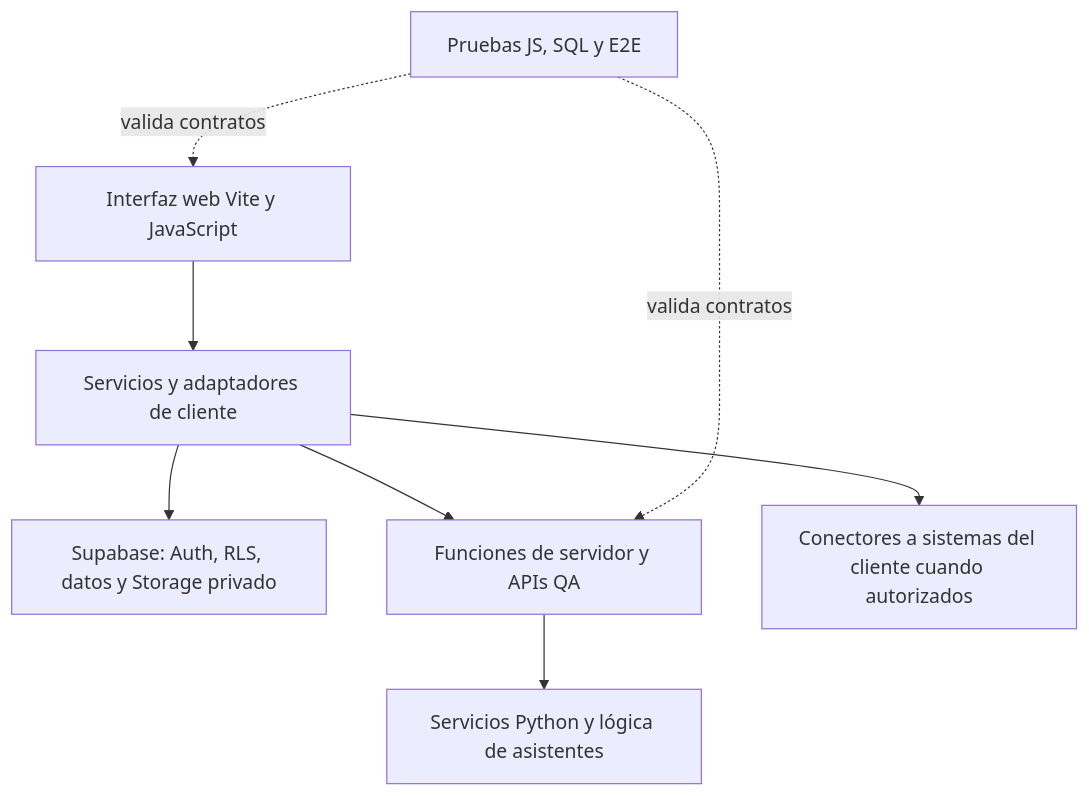
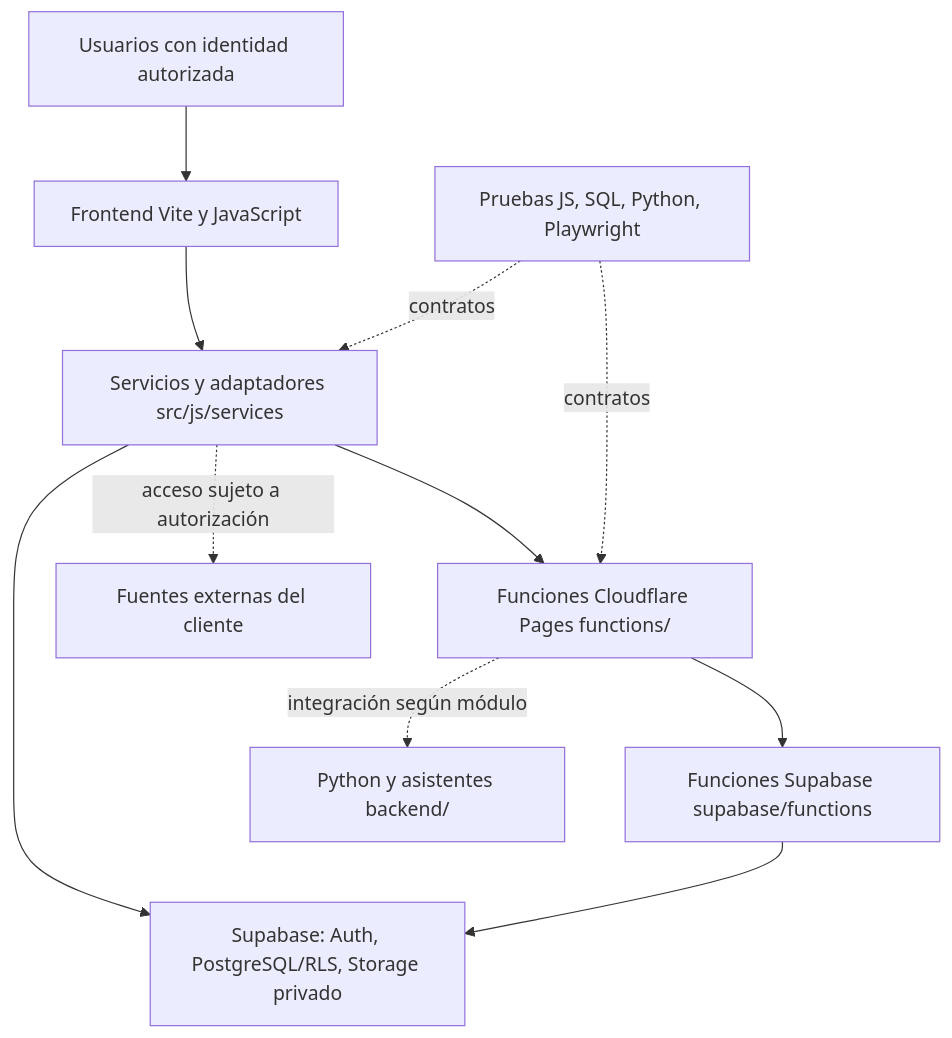
One commit to riano200612-jpg/adphor-platform changed the diagram in docs/ARQUITECTURA_GENERAL.md. Above: the diagram before and after it, drawn with Mermaid. The commit also changed other lines of this file and 14 other files, not shown here.

Commit message:
docs: professional engineering navigation with architecture, contracts, QA and security

````diff
--- a/docs/ARQUITECTURA_GENERAL.md
+++ b/docs/ARQUITECTURA_GENERAL.md
@@ -7,10 +7,13 @@
 ```mermaid
 flowchart TD
-  A[Interfaz web Vite y JavaScript] --> B[Servicios y adaptadores de cliente]
-  B --> C[Supabase: Auth, RLS, datos y Storage privado]
-  B --> D[Funciones de servidor y APIs QA]
-  D --> E[Servicios Python y lógica de asistentes]
-  B --> F[Conectores a sistemas del cliente cuando autorizados]
-  G[Pruebas JS, SQL y E2E] -. valida contratos .-> A
-  G -. valida contratos .-> D
+  U["Usuarios con identidad autorizada"] --> UI["Frontend Vite y JavaScript"]
+  UI --> S["Servicios y adaptadores src/js/services"]
+  S --> CF["Funciones Cloudflare Pages functions/"]
+  S --> DB["Supabase: Auth, PostgreSQL/RLS, Storage privado"]
+  CF --> EF["Funciones Supabase supabase/functions"]
+  EF --> DB
+  CF -. "integración según módulo" .-> AI["Python y asistentes backend/"]
+  S -. "acceso sujeto a autorización" .-> EXT["Fuentes externas del cliente"]
+  TEST["Pruebas JS, SQL, Python, Playwright"] -. "contratos" .-> S
+  TEST -. "contratos" .-> CF
 ```
````
